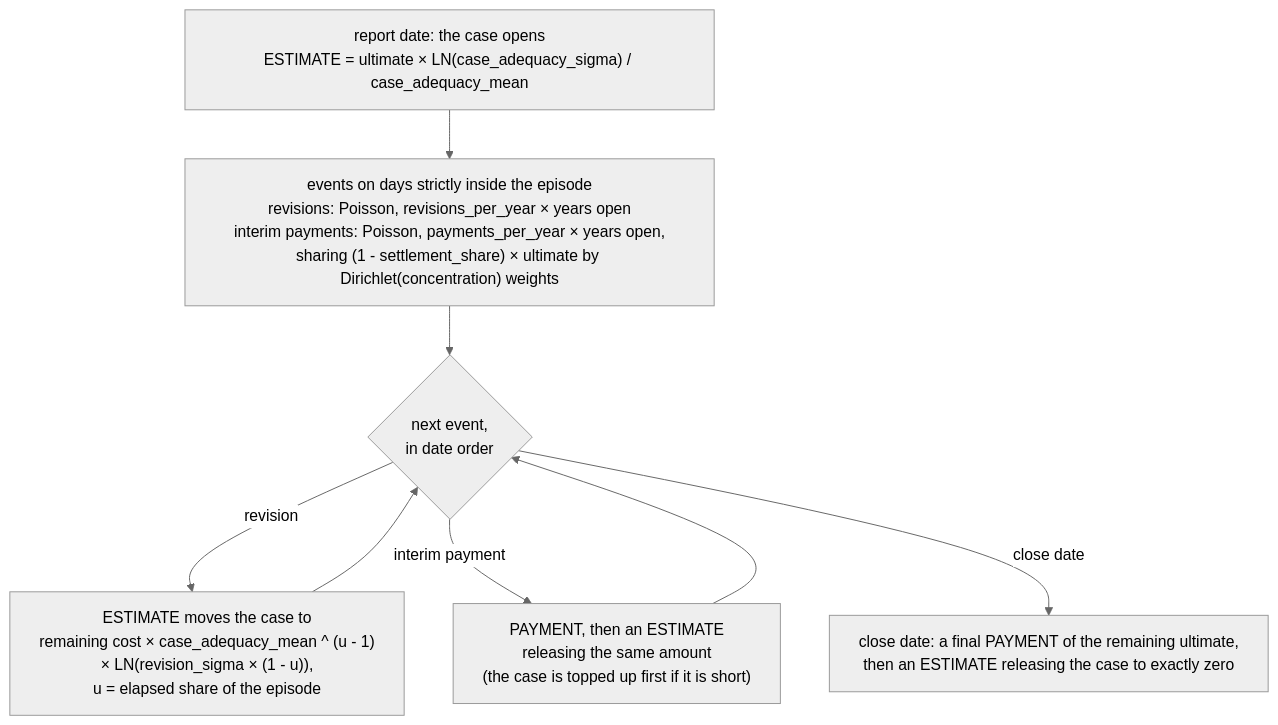
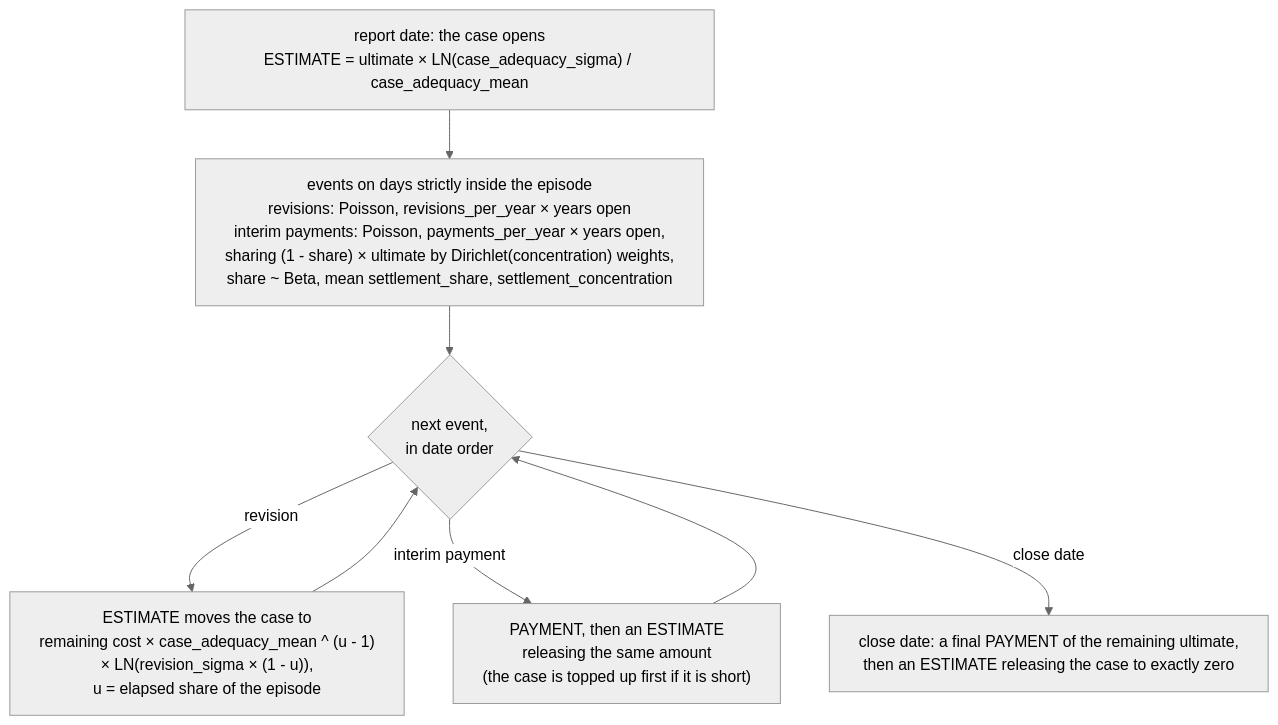
The sixth of 10 diagrams in README.md (le-marais/claims-data-generator), drawn with Mermaid (neutral theme) before and after one commit. The commit also changed other lines of this file and 7 other files, not shown here.

First line of the commit message:
Document the drawn settlement share and close MR-19

````diff
--- a/README.md
+++ b/README.md
@@ -220,14 +220,14 @@
 ```mermaid
 %%{init: {"flowchart": {"wrappingWidth": 480}}}%%
 flowchart TD
     opening["report date: the case opens<br/>ESTIMATE = ultimate × LN(case_adequacy_sigma) / case_adequacy_mean"]
-    events["events on days strictly inside the episode<br/>revisions: Poisson, revisions_per_year × years open<br/>interim payments: Poisson, payments_per_year × years open,<br/>sharing (1 - settlement_share) × ultimate by Dirichlet(concentration) weights"]
+    events["events on days strictly inside the episode<br/>revisions: Poisson, revisions_per_year × years open<br/>interim payments: Poisson, payments_per_year × years open,<br/>sharing (1 - share) × ultimate by Dirichlet(concentration) weights,<br/>share ~ Beta, mean settlement_share, settlement_concentration"]
     nextEvent{"next event,<br/>in date order"}
     revise["ESTIMATE moves the case to<br/>remaining cost × case_adequacy_mean ^ (u - 1)<br/>× LN(revision_sigma × (1 - u)),<br/>u = elapsed share of the episode"]
     pay["PAYMENT, then an ESTIMATE<br/>releasing the same amount<br/>(the case is topped up first if it is short)"]
     settle["close date: a final PAYMENT of the remaining ultimate,<br/>then an ESTIMATE releasing the case to exactly zero"]
     opening --> events --> nextEvent
     nextEvent -- "revision" --> revise --> nextEvent
     nextEvent -- "interim payment" --> pay --> nextEvent
     nextEvent -- "close date" --> settle
 ```
````
